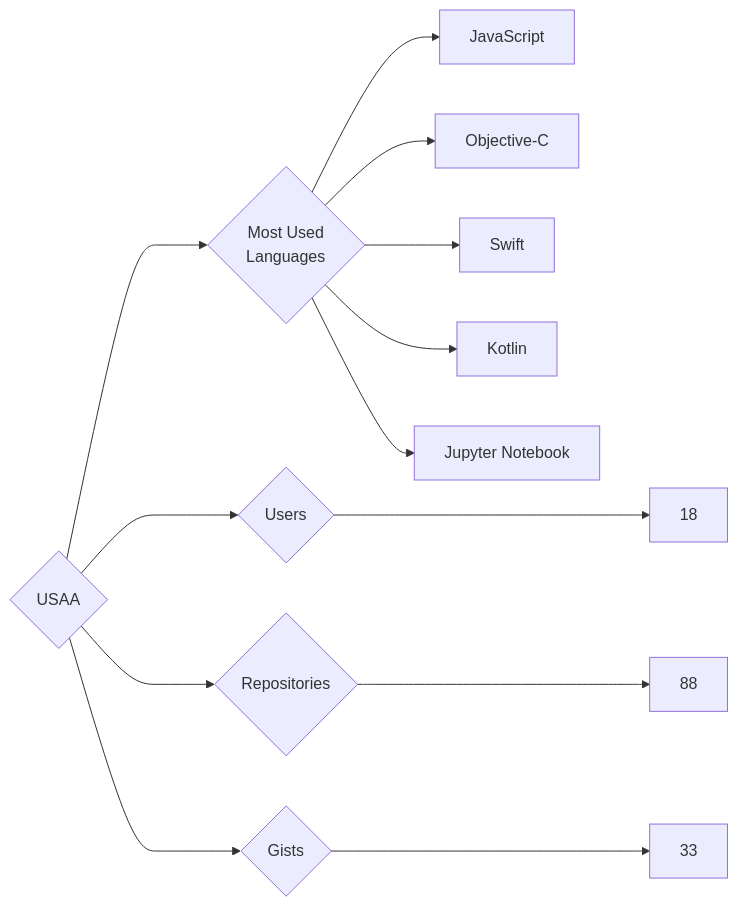
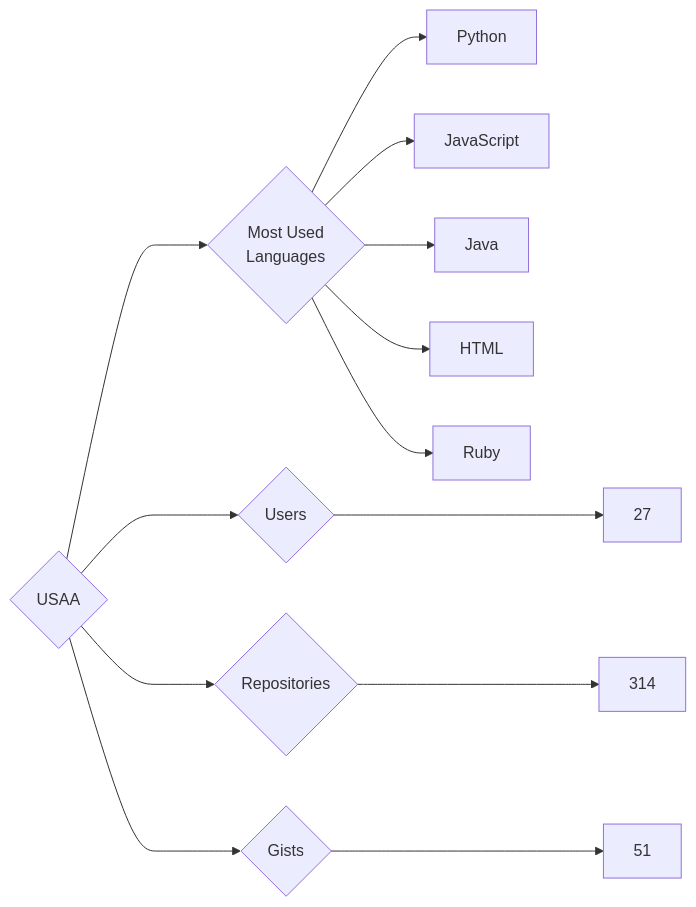
One commit to trickest/insiders changed the diagram in targets/USAA/README.md. Above: the diagram before and after it, drawn with Mermaid. The commit also changed 677 other files, not shown here.

````diff
--- a/targets/USAA/README.md
+++ b/targets/USAA/README.md
@@ -3,13 +3,13 @@
 ```mermaid
 graph LR
 COMPANY_NAME{USAA}
-COMPANY_NAME ---> U{Users} ---> UN[18]
-COMPANY_NAME ---> R{Repositories} ---> RN[88]
-COMPANY_NAME ---> G{Gists} ---> GN[33]
+COMPANY_NAME ---> U{Users} ---> UN[27]
+COMPANY_NAME ---> R{Repositories} ---> RN[314]
+COMPANY_NAME ---> G{Gists} ---> GN[51]
 COMPANY_NAME ---> ML{Most Used<br>Languages}
+ML --> Python[Python]
 ML --> JavaScript[JavaScript]
-ML --> Objective-C[Objective-C]
-ML --> Swift[Swift]
-ML --> Kotlin[Kotlin]
-ML --> Jupyter_Notebook[Jupyter Notebook]
+ML --> Java[Java]
+ML --> HTML[HTML]
+ML --> Ruby[Ruby]
 ```
````
